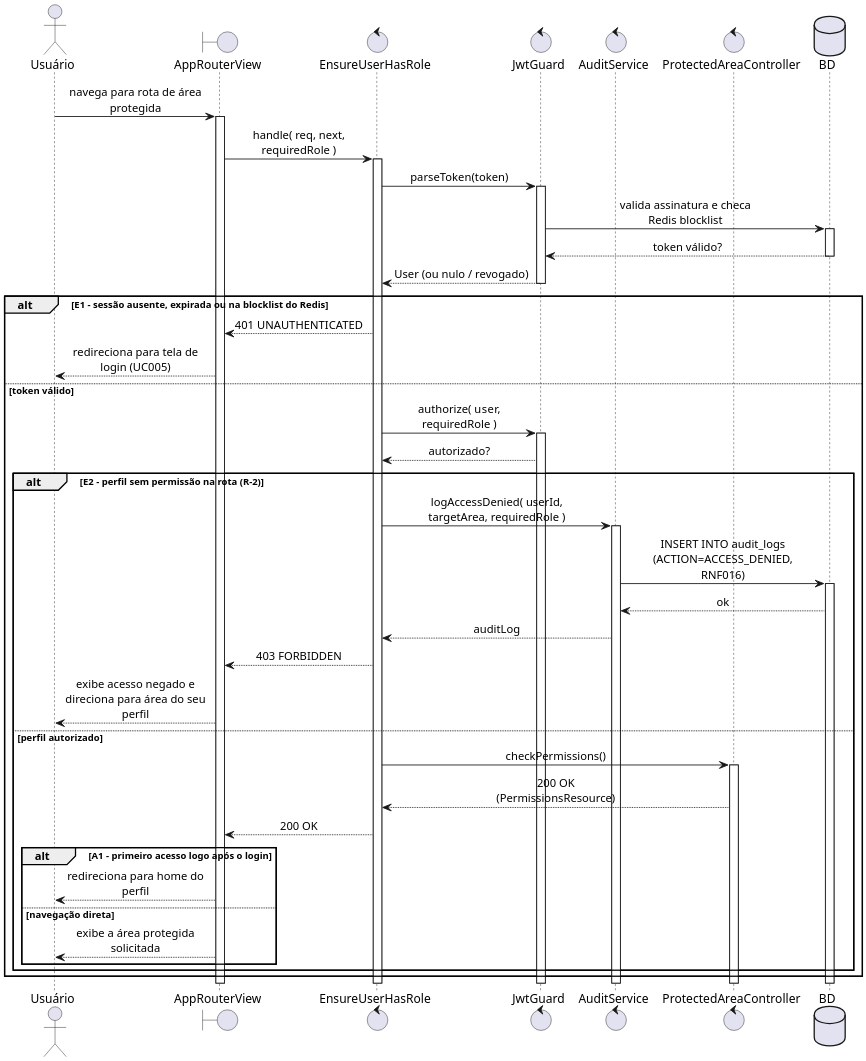
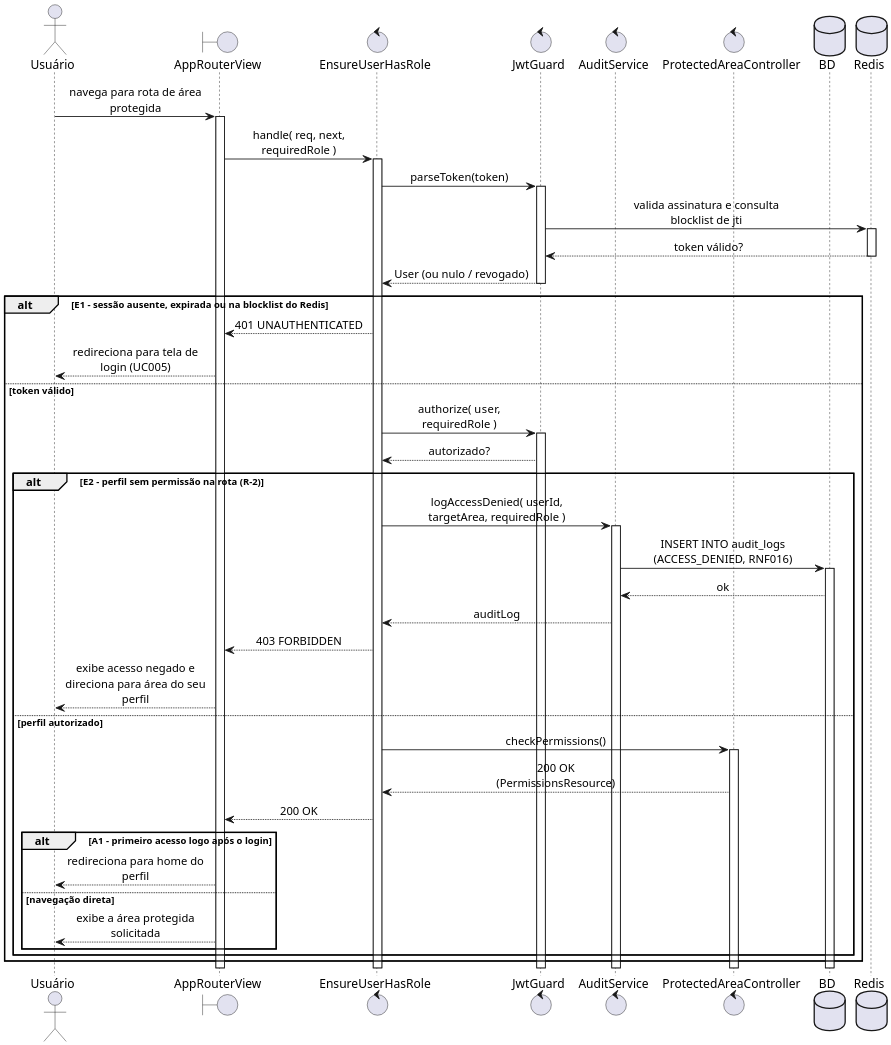
The diagram in scripts/drawio-seqgen/exemplos/14-sequencia-uc016.puml (Plataforma-de-Cursos-TCC/plataforma-cursos-docs), drawn with PlantUML before and after one commit. The commit also changed 12 other files, not shown here.

First line of the commit message:
docs(diagrama-de-sequencia): regenerate area D sequences with role icons

```diff
--- a/scripts/drawio-seqgen/exemplos/14-sequencia-uc016.puml
+++ b/scripts/drawio-seqgen/exemplos/14-sequencia-uc016.puml
@@ -3,48 +3,49 @@
 @startuml 14-sequencia-uc016
 skinparam shadowing false
 skinparam dpi 192
 skinparam defaultFontName Arial
 skinparam sequenceMessageAlign center
 skinparam responseMessageBelowArrow true
 skinparam wrapMessageWidth 170
 skinparam BoxPadding 8
 
 actor "Usuário" as USU
 boundary AppRouterView as V
 control EnsureUserHasRole as E
 control JwtGuard as J
 control AuditService as A
 control ProtectedAreaController as P
 database BD
+database Redis as RD
 
 USU -> V ++ : navega para rota de área protegida
 V -> E ++ : handle( req, next, requiredRole )
 E -> J ++ : parseToken(token)
-J -> BD ++ : valida assinatura e checa Redis blocklist
-BD --> J -- : token válido?
+J -> RD ++ : valida assinatura e consulta blocklist de jti
+RD --> J -- : token válido?
 J --> E -- : User (ou nulo / revogado)
 alt E1 - sessão ausente, expirada ou na blocklist do Redis
   E --> V : 401 UNAUTHENTICATED
   V --> USU : redireciona para tela de login (UC005)
 else token válido
   E -> J ++ : authorize( user, requiredRole )
   J --> E : autorizado?
   alt E2 - perfil sem permissão na rota (R-2)
     E -> A ++ : logAccessDenied( userId, targetArea, requiredRole )
-    A -> BD ++ : INSERT INTO audit_logs (ACTION=ACCESS_DENIED, RNF016)
+    A -> BD ++ : INSERT INTO audit_logs (ACCESS_DENIED, RNF016)
     BD --> A : ok
     A --> E : auditLog
     E --> V : 403 FORBIDDEN
     V --> USU : exibe acesso negado e direciona para área do seu perfil
   else perfil autorizado
     E -> P ++ : checkPermissions()
     P --> E : 200 OK (PermissionsResource)
     E --> V : 200 OK
     alt A1 - primeiro acesso logo após o login
       V --> USU : redireciona para home do perfil
     else navegação direta
       V --> USU : exibe a área protegida solicitada
     end
   end
 end
 @enduml
```
